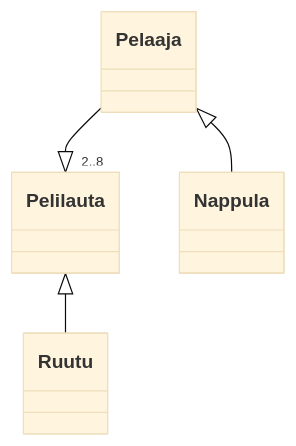
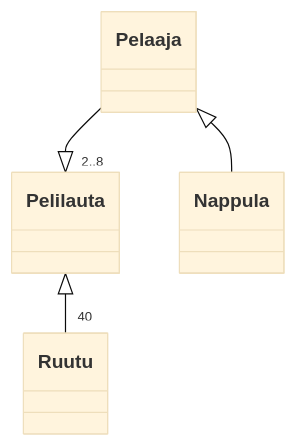
The diagram in laskarit/viikko3/luokkkakaavio.md (tapsamies/ot-harjoitustyo), drawn with Mermaid (base theme) before and after one commit.

````diff
--- a/laskarit/viikko3/luokkkakaavio.md
+++ b/laskarit/viikko3/luokkkakaavio.md
@@ -1,19 +1,19 @@
 ```mermaid
 classDiagram
-	Pelilauta <|-- Ruutu
+	Pelilauta <|-- "40" Ruutu
 	Pelaaja <|-- Nappula
 	
 	Pelaaja --|> "2..8" Pelilauta
 	
 
 
 
 
 
 
 
 
 
 
 
 ```
````
